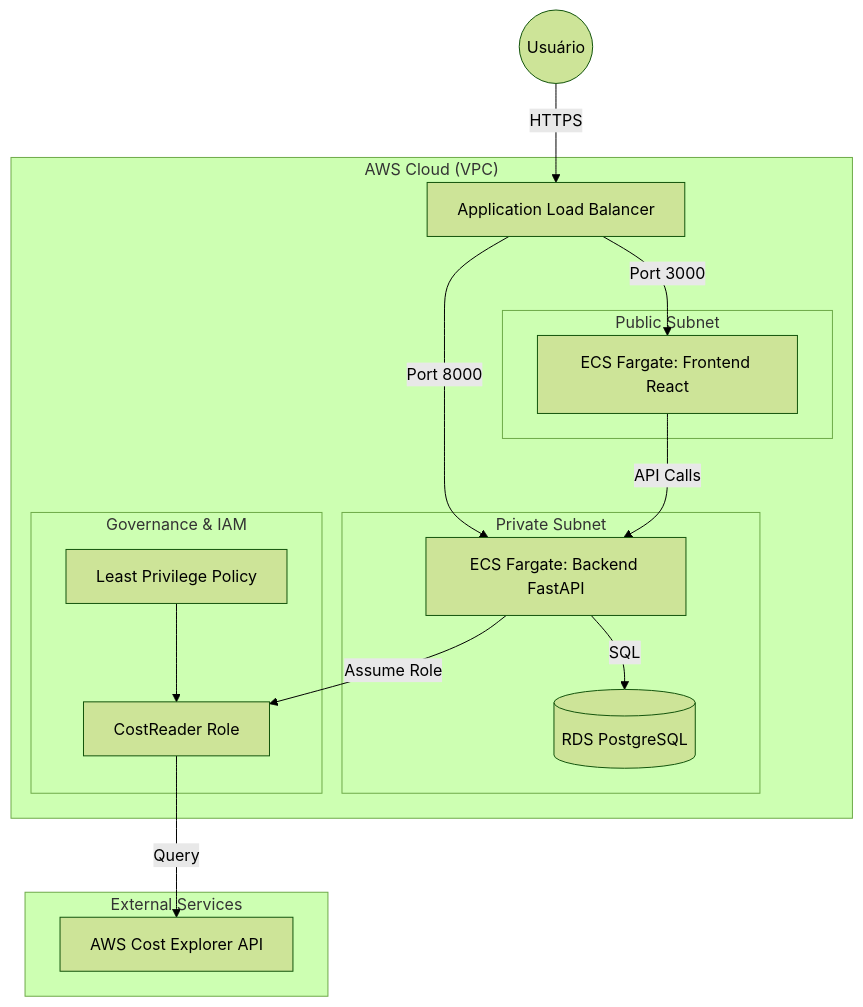
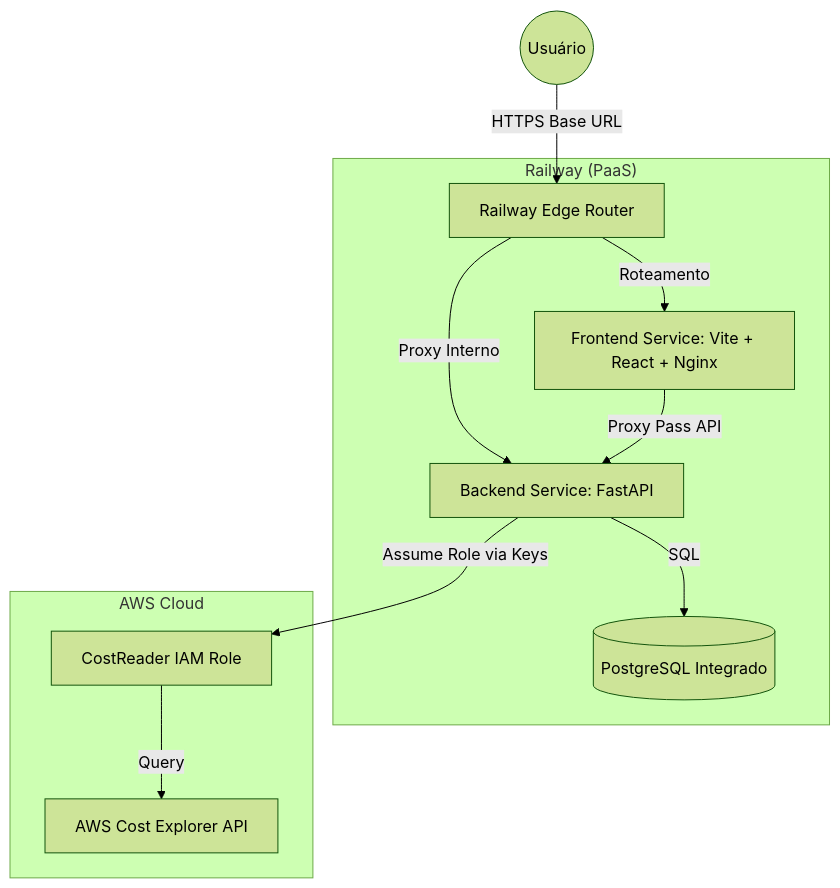
Before and after one commit to leonardodebs/Infrastructure-Cost-Intelligence-Dashboard: the diagram in README.md, drawn with Mermaid (forest theme). The commit also changed other lines of this file and 1 other file, not shown here.

Commit message:
docs: update architecture and deployment instructions for Railway PaaS

````diff
--- a/README.md
+++ b/README.md
@@ -25,35 +25,25 @@
 ```mermaid
 graph TB
     User((Usuário))
 
-    subgraph AWS_Cloud["AWS Cloud (VPC)"]
-        ALB[Application Load Balancer]
+    subgraph Railway_Cloud["Railway (PaaS)"]
+        ALB[Railway Edge Router]
         
-        subgraph Public_Subnet["Public Subnet"]
-            Frontend[ECS Fargate: Frontend React]
-        end
-
-        subgraph Private_Subnet["Private Subnet"]
-            Backend[ECS Fargate: Backend FastAPI]
-            DB[(RDS PostgreSQL)]
-        end
-
-        subgraph Security["Governance & IAM"]
-            Role[CostReader Role]
-            Policy[Least Privilege Policy]
-        end
+        Frontend[Frontend Service: Vite + React + Nginx]
+        Backend[Backend Service: FastAPI]
+        DB[(PostgreSQL Integrado)]
     end
 
-    subgraph External_Services["External Services"]
+    subgraph External_Services["AWS Cloud"]
         CE_API[AWS Cost Explorer API]
+        IAM_Role[CostReader IAM Role]
     end
 
-    User -->|HTTPS| ALB
-    ALB -->|Port 3000| Frontend
-    ALB -->|Port 8000| Backend
-    Frontend -->|API Calls| Backend
+    User -->|HTTPS Base URL| ALB
+    ALB -->|Roteamento| Frontend
+    ALB -->|Proxy Interno| Backend
+    Frontend -->|Proxy Pass API| Backend
     Backend -->|SQL| DB
-    Backend -->|Assume Role| Role
-    Role -->|Query| CE_API
-    Policy --> Role
+    Backend -->|Assume Role via Keys| IAM_Role
+    IAM_Role -->|Query| CE_API
 ```
````
